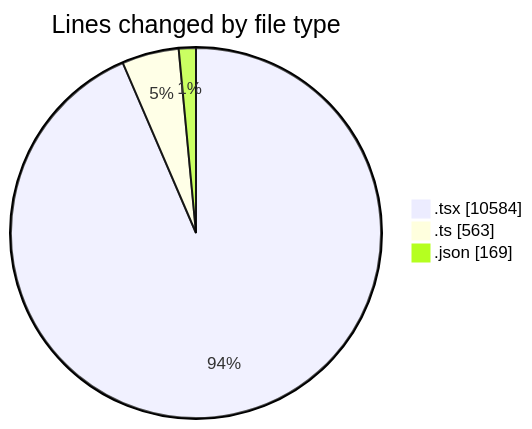
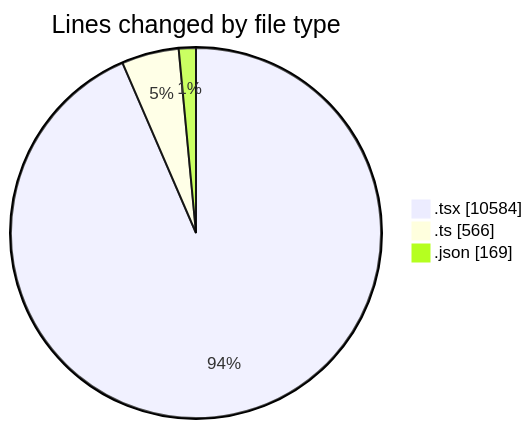
The first of 2 diagrams in 2025-02-18/mbc-web/README.md (robertbonfada/code-tracking), drawn with Mermaid before and after one commit. The commit also changed other lines of this file and 1 other file, not shown here.

````diff
--- a/2025-02-18/mbc-web/README.md
+++ b/2025-02-18/mbc-web/README.md
@@ -136,7 +136,7 @@
 ```mermaid
 pie showData
 title Lines changed by file type
 ".tsx" : 10584
-".ts" : 563
+".ts" : 566
 ".json" : 169
 ```
````
